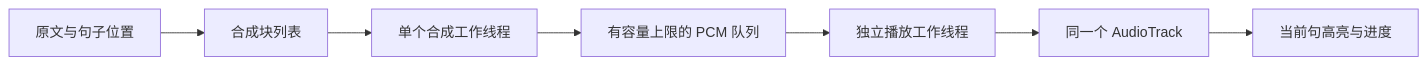
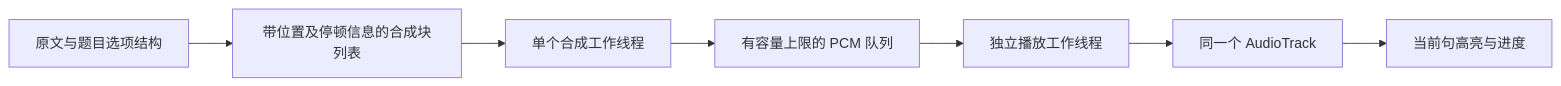
Before and after one commit to bestkojima/mnn-offline-reader: the diagram in docs/LONG_TEXT_READING_PLAN.md, drawn with Mermaid. The commit also changed other lines of this file and 1 other file, not shown here.

````diff
--- a/docs/LONG_TEXT_READING_PLAN.md
+++ b/docs/LONG_TEXT_READING_PLAN.md
@@ -42,9 +84,9 @@
 ```mermaid
 flowchart LR
-    A[原文与句子位置] --> B[合成块列表]
+    A[原文与题目选项结构] --> B[带位置及停顿信息的合成块列表]
     B --> C[单个合成工作线程]
     C --> D[有容量上限的 PCM 队列]
     D --> E[独立播放工作线程]
     E --> F[同一个 AudioTrack]
     F --> G[当前句高亮与进度]
 ```
````
